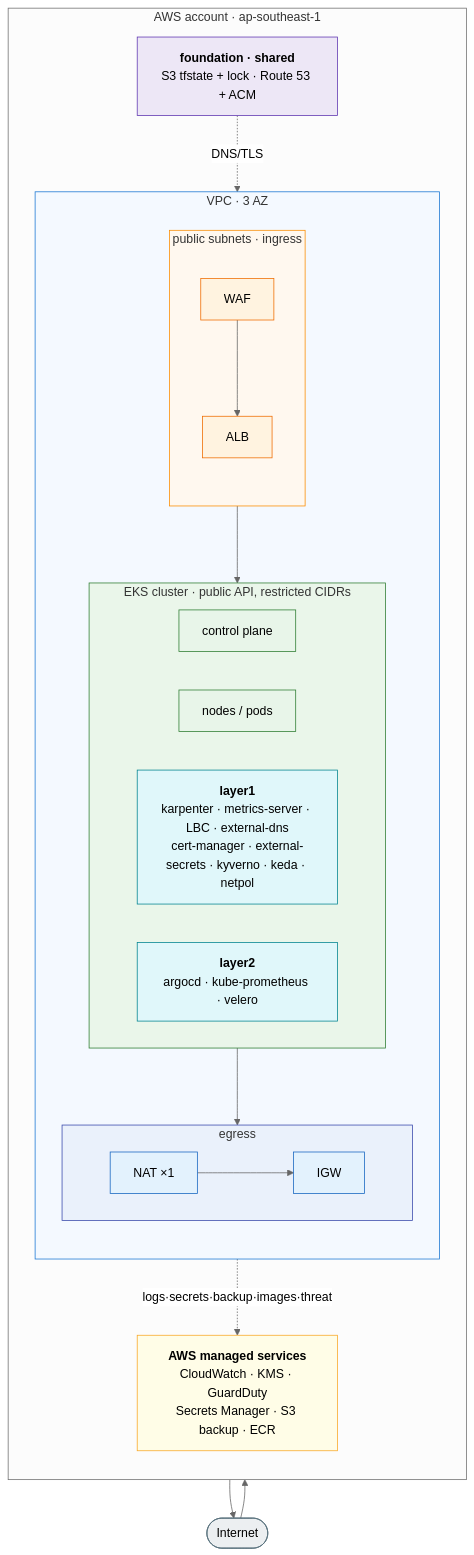
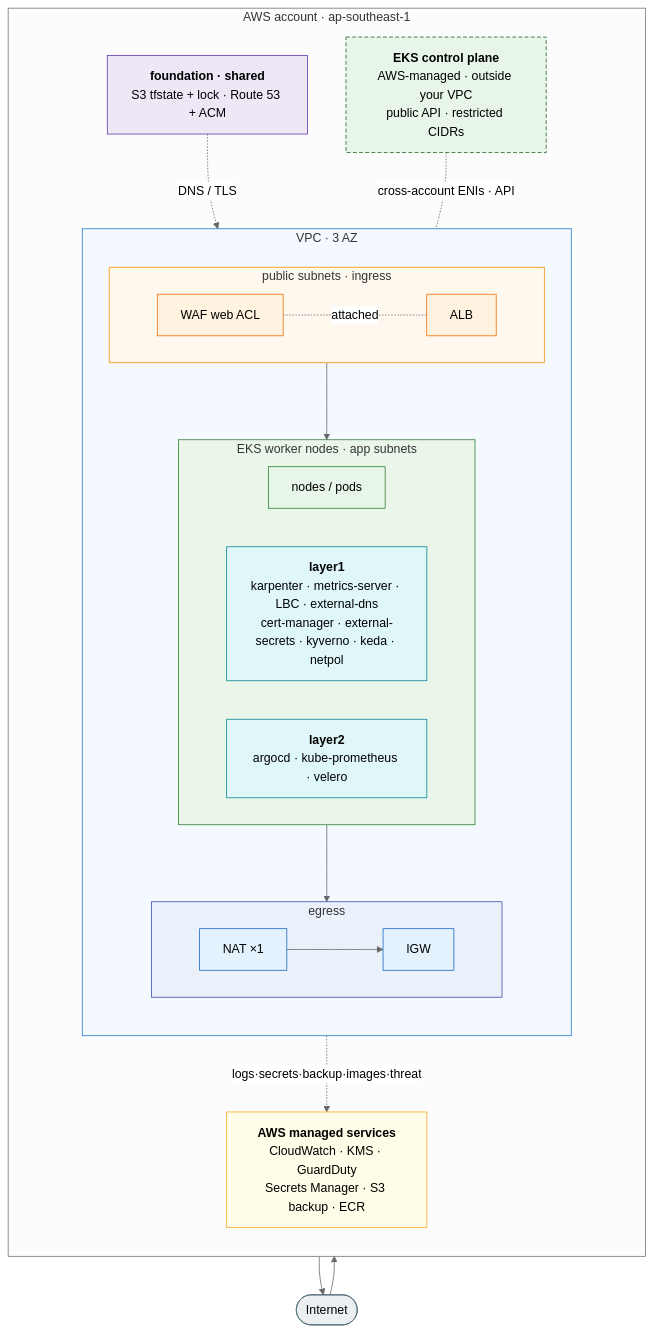
Before and after one commit to trongnvv/aws-iac: the second of 3 diagrams in eks/docs/ARCHITECTURE.md, drawn with Mermaid (neutral theme). The commit also changed other lines of this file, not shown here.

````diff
--- a/eks/docs/ARCHITECTURE.md
+++ b/eks/docs/ARCHITECTURE.md
@@ -70,45 +78,48 @@
 ```mermaid
 flowchart TB
   internet([Internet]):::ext
   subgraph acct["AWS account · ap-southeast-1"]
     direction TB
     found["<b>foundation · shared</b><br/>S3 tfstate + lock · Route 53 + ACM"]:::fnd
+    cpane["<b>EKS control plane</b><br/>AWS-managed · outside your VPC<br/>public API · restricted CIDRs"]:::mgmt
     subgraph vpc["VPC · 3 AZ"]
       direction TB
       subgraph ingress["public subnets · ingress"]
-        direction TB
-        waf["WAF"]:::edge --> alb["ALB"]:::edge
+        direction LR
+        alb["ALB"]:::edge
+        waf["WAF web ACL"]:::edge
       end
-      subgraph eks["EKS cluster · public API, restricted CIDRs"]
+      subgraph eks["EKS worker nodes · app subnets"]
         direction LR
-        cp["control plane"]:::eks
         nodes["nodes / pods"]:::eks
         l1["<b>layer1</b><br/>karpenter · metrics-server · LBC · external-dns<br/>cert-manager · external-secrets · kyverno · keda · netpol"]:::add
         l2["<b>layer2</b><br/>argocd · kube-prometheus · velero"]:::add
       end
       subgraph egr["egress"]
         direction LR
         nat["NAT ×1"]:::net --> igw["IGW"]:::net
       end
     end
     svc["<b>AWS managed services</b><br/>CloudWatch · KMS · GuardDuty<br/>Secrets Manager · S3 backup · ECR"]:::svc
   end
-  internet --> waf
-  alb --> nodes
-  found -. DNS/TLS .-> alb
+  internet --> alb --> nodes
+  waf -. attached .- alb
+  found -. DNS / TLS .-> alb
+  cpane -. cross-account ENIs · API .- nodes
   nodes --> nat
   igw --> internet
   nodes -. logs·secrets·backup·images·threat .-> svc
 
   classDef ext fill:#eceff1,stroke:#546e7a,color:#000
   classDef fnd fill:#ede7f6,stroke:#5e35b1,color:#000
+  classDef mgmt fill:#e8f5e9,stroke:#1b5e20,stroke-dasharray:5 3,color:#000
   classDef net fill:#e3f2fd,stroke:#1565c0,color:#000
   classDef edge fill:#fff3e0,stroke:#ef6c00,color:#000
   classDef eks fill:#e8f5e9,stroke:#2e7d32,color:#000
   classDef add fill:#e0f7fa,stroke:#00838f,color:#000
   classDef svc fill:#fffde7,stroke:#f9a825,color:#000
   style vpc fill:#f4f9ff,stroke:#1976d2
   style ingress fill:#fff8ef,stroke:#fb8c00
   style egr fill:#eaf1fb,stroke:#3949ab
   style eks fill:#eaf6ea,stroke:#2e7d32
 ```
````
